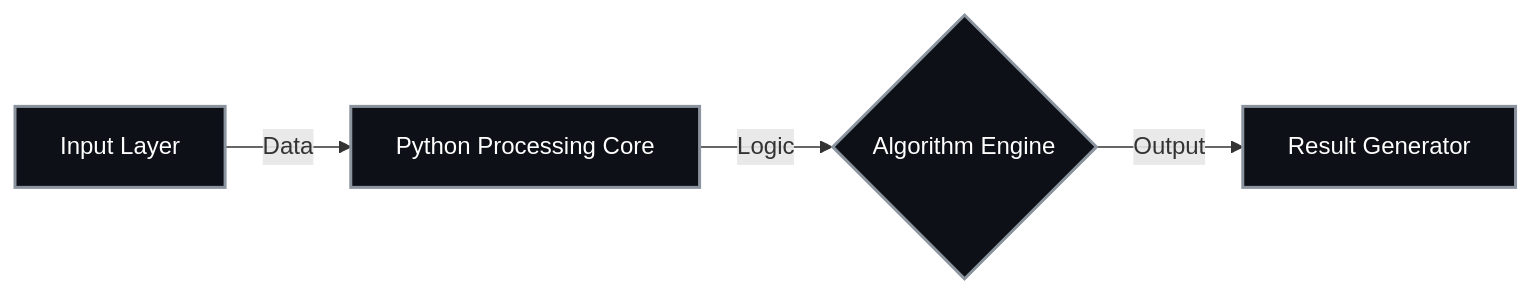
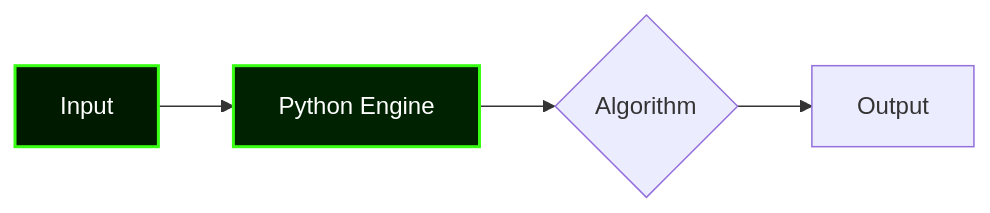
Before and after one commit to Nytrynox/AI-Self-Evolving-Learning-Agent: the diagram in README.md, drawn with Mermaid. The commit also changed other lines of this file, not shown here.

````diff
--- a/README.md
+++ b/README.md
@@ -28,9 +34,9 @@
 ```mermaid
 graph LR;
-    A["Input Layer"] -->|Data| B["Python Processing Core"];
-    B -->|Logic| C{"Algorithm Engine"};
-    C -->|Output| D["Result Generator"];
-    
-    classDef core fill:#0d1117,stroke:#8b949e,stroke-width:2px,color:#fff;
-    class A,B,C,D core;
+    A["Input"] --> B["Python Engine"];
+    B --> C{"Algorithm"};
+    C --> D["Output"];
+
+    style A fill:#001a00,stroke:#39ff14,stroke-width:2px,color:#fff
+    style B fill:#002200,stroke:#39ff14,stroke-width:2px,color:#fff
 ```
````
